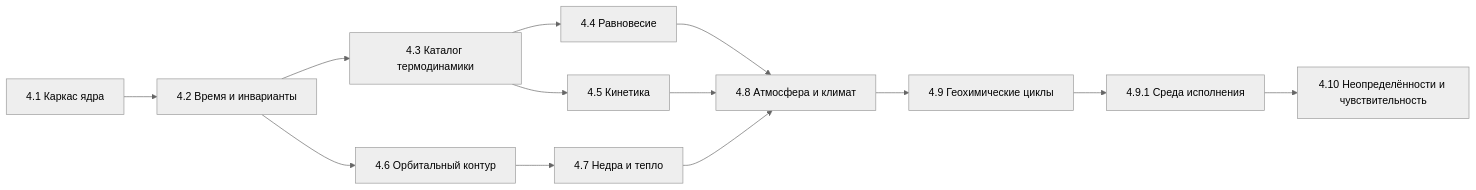
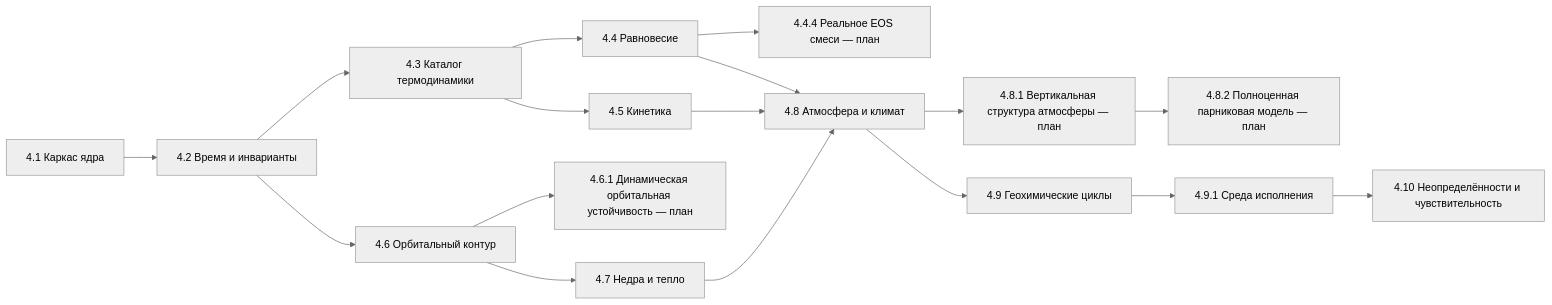
Before and after one commit to Mrcoolzbs-ai/evowars: the first of 2 diagrams in docs/science/IMPLEMENTATION_ROADMAP.md, drawn with Mermaid (neutral theme). The commit also changed other lines of this file and 3 other files, not shown here.

Commit message:
Stage 4.5.1 (корректирующая ревизия аудита): строгая runtime-валидация provenance кинетических записей, регрессионные тесты, публичный экспорт kinetics в Core/index.ts; roadmap: ревизия 02.11.2026, подэтапы 4.5.1–4.5.5, направления 4.4.4/4.6.1/4.8.1/4.8.2, обновление карты этапов

````diff
--- a/docs/science/IMPLEMENTATION_ROADMAP.md
+++ b/docs/science/IMPLEMENTATION_ROADMAP.md
@@ -626,15 +649,19 @@
 ```mermaid
 graph LR
   A[4.1 Каркас ядра] --> B[4.2 Время и инварианты]
   B --> C[4.3 Каталог термодинамики]
   C --> D[4.4 Равновесие]
   C --> E[4.5 Кинетика]
+  D --> D44["4.4.4 Реальное EOS смеси — план"]
   B --> F[4.6 Орбитальный контур]
+  F --> F61["4.6.1 Динамическая орбитальная устойчивость — план"]
   F --> G[4.7 Недра и тепло]
   D --> H[4.8 Атмосфера и климат]
   E --> H
   G --> H
+  H --> H81["4.8.1 Вертикальная структура атмосферы — план"]
+  H81 --> H82["4.8.2 Полноценная парниковая модель — план"]
   H --> I[4.9 Геохимические циклы]
   I --> K[4.9.1 Среда исполнения]
   K --> J[4.10 Неопределённости и чувствительность]
 ```
````
